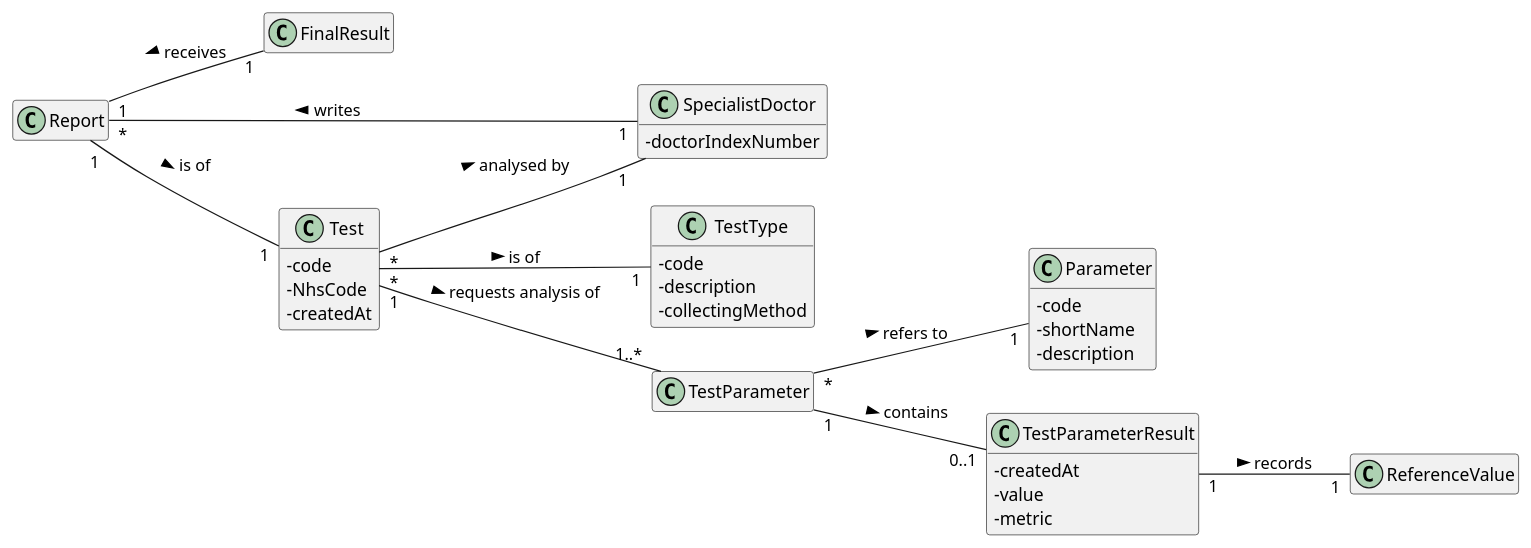
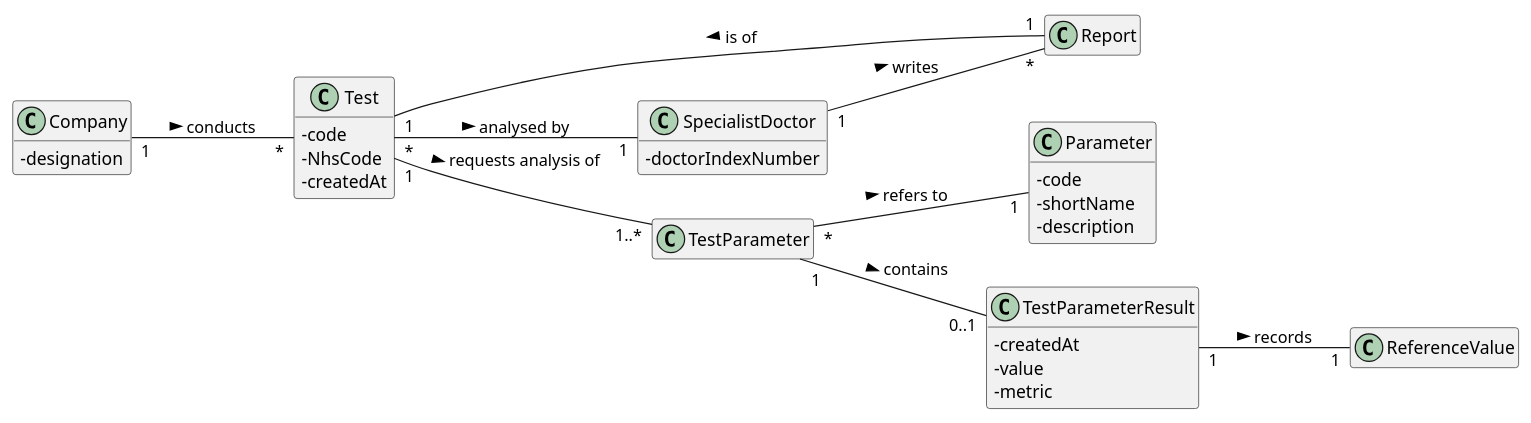
Before and after one commit to ana-albergaria/LAPR2-ISEP: the diagram in docs/SprintC/US_14/US14_DM.puml, drawn with PlantUML. The commit also changed 1 other file, not shown here.

```diff
--- a/docs/SprintC/US_14/US14_DM.puml
+++ b/docs/SprintC/US_14/US14_DM.puml
@@ -1,62 +1,67 @@
 @startuml
 
 skinparam classAttributeIconSize 0
 hide empty methods
 hide empty attributes
 left to right direction
 
-class FinalResult{}
+class Company{
+- designation
+}
+
+'class FinalResult{}
 
 'class ChemicalResult{}
 
 'class Diagnosis{}
 
 class Report{}
 
 class SpecialistDoctor{
 - doctorIndexNumber
 }
 
 class Test{
 - code
 - NhsCode
 - createdAt
 }
 
-class TestType{
+/'class TestType{
 - code
 - description
 - collectingMethod
-}
+}'/
 
 class TestParameter{}
 
 class Parameter{
 - code
 - shortName
 - description
 }
 
 class TestParameterResult{
 - createdAt
 - value
 - metric
 }
 
 class ReferenceValue{}
 
+Company "1" -- "*" Test : conducts >
 'ChemicalResult "1" -- "1" Test : presented under >
 Test "*" -- "1" SpecialistDoctor : analysed by >
 'SpecialistDoctor "1" -- "*" Diagnosis : makes >
 SpecialistDoctor "1" -- "*" Report : writes >
 'Diagnosis "1" -- "1" FinalResult : receives <
-Report "1" -- "1" FinalResult : receives <
+'Report "1" -- "1" FinalResult : receives <
 Report "1" -- "1" Test : is of >
-Test "*" -- "1" TestType : is of >
+'Test "*" -- "1" TestType : is of >
 Test "1" -- "1..*" TestParameter : requests analysis of >
 TestParameter "*" -- "1" Parameter : refers to >
 TestParameter "1" -- "0..1" TestParameterResult : contains >
 TestParameterResult "1" -- "1" ReferenceValue : records >
 
 
 @enduml
```
